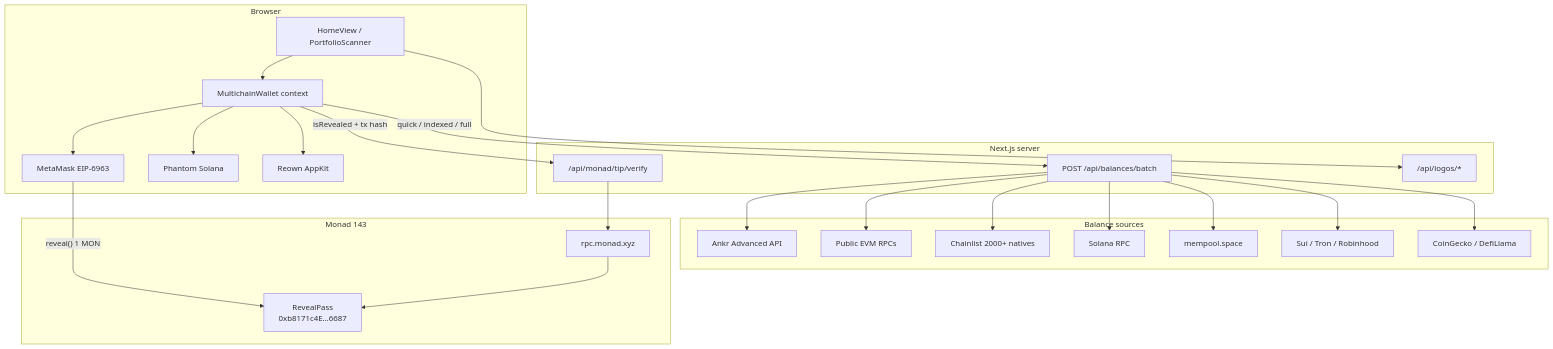
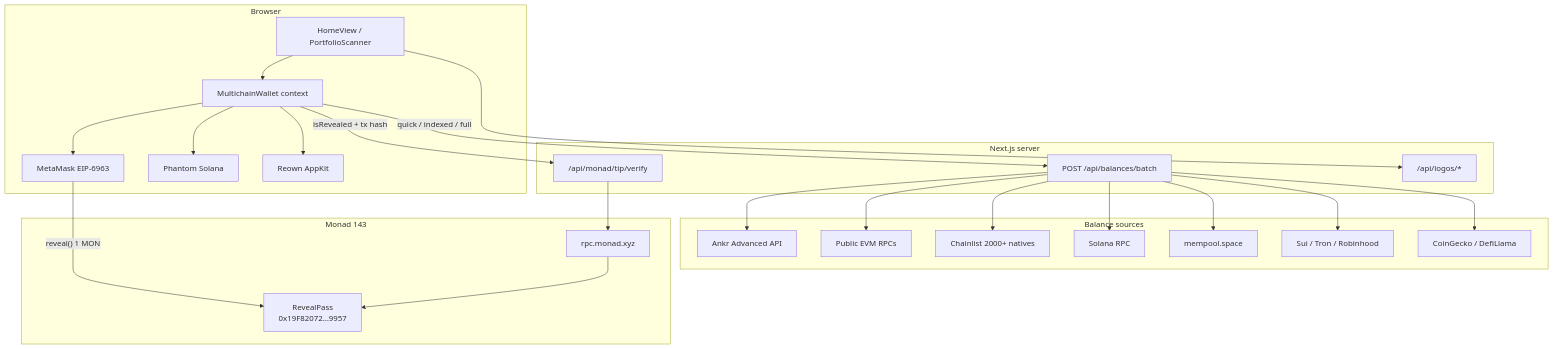
The first of 5 diagrams in README.md (AmaanSayyad/find_hidden_money), drawn with Mermaid before and after one commit. The commit also changed other lines of this file and 6 other files, not shown here.

First line of the commit message:
Keep 1 MON tips on a new Monad Mainnet RevealPass.

````diff
--- a/README.md
+++ b/README.md
@@ -140,49 +140,49 @@
 ```mermaid
 flowchart TB
   subgraph client ["Browser"]
     UI["HomeView / PortfolioScanner"]
     CTX["MultichainWallet context"]
     MM["MetaMask EIP-6963"]
     PH["Phantom Solana"]
     AK["Reown AppKit"]
     UI --> CTX
     CTX --> MM
     CTX --> PH
     CTX --> AK
   end
 
   subgraph next ["Next.js server"]
     BATCH["POST /api/balances/batch"]
     TIP["/api/monad/tip/verify"]
     LOGOS["/api/logos/*"]
   end
 
   subgraph data ["Balance sources"]
     ANKR["Ankr Advanced API"]
     RPC["Public EVM RPCs"]
     CL["Chainlist 2000+ natives"]
     SOL["Solana RPC"]
     BTC["mempool.space"]
     OTHER["Sui / Tron / Robinhood"]
     CG["CoinGecko / DefiLlama"]
   end
 
   subgraph monad ["Monad 143"]
-    RP["RevealPass\n0xb8171c4E…6687"]
+    RP["RevealPass\n0x19F82072…9957"]
     NODE["rpc.monad.xyz"]
   end
 
   CTX -->|"quick / indexed / full"| BATCH
   CTX -->|"isRevealed + tx hash"| TIP
   UI --> LOGOS
   MM -->|"reveal() 1 MON"| RP
   BATCH --> ANKR
   BATCH --> RPC
   BATCH --> CL
   BATCH --> SOL
   BATCH --> BTC
   BATCH --> OTHER
   BATCH --> CG
   TIP --> NODE
   NODE --> RP
 ```
````
